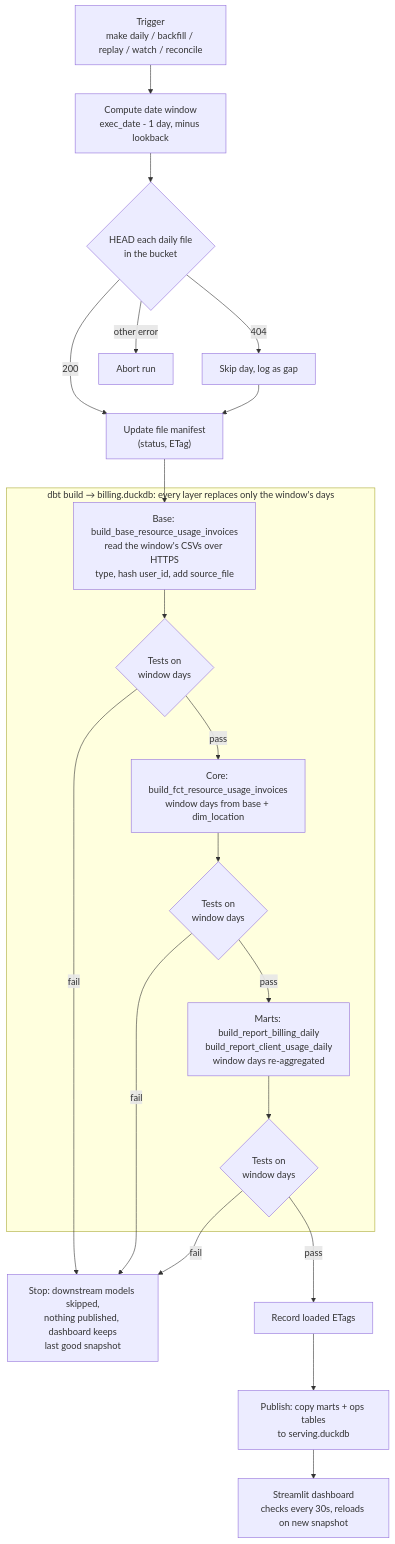
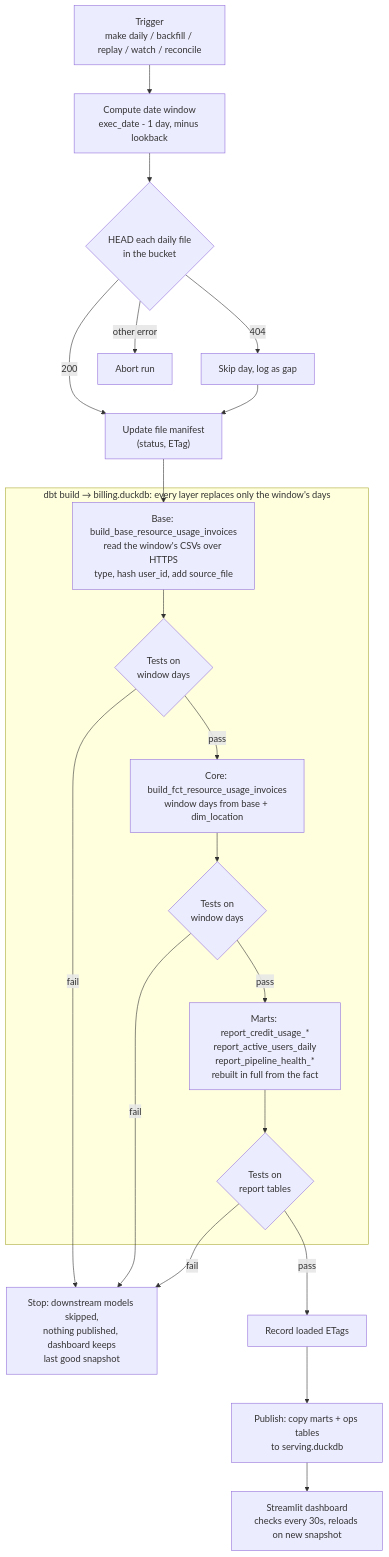
Before and after one commit to emilianodelia/upcloud-data-engineering-hometask: the diagram in README.md, drawn with Mermaid. The commit also changed other lines of this file and 36 other files, not shown here.

````diff
--- a/README.md
+++ b/README.md
@@ -54,25 +55,25 @@
 ```mermaid
 flowchart TD
     T["Trigger<br/>make daily / backfill / replay / watch / reconcile"] --> W["Compute date window<br/>exec_date - 1 day, minus lookback"]
     W --> P{"HEAD each daily file<br/>in the bucket"}
     P -- 404 --> G["Skip day, log as gap"]
     P -- other error --> X["Abort run"]
     P -- 200 --> M["Update file manifest<br/>(status, ETag)"]
     G --> M
     M --> B
 
     subgraph DBT ["dbt build → billing.duckdb: every layer replaces only the window's days"]
         B["Base: build_base_resource_usage_invoices<br/>read the window's CSVs over HTTPS<br/>type, hash user_id, add source_file"] --> TB{"Tests on<br/>window days"}
         TB -- pass --> C["Core: build_fct_resource_usage_invoices<br/>window days from base + dim_location"]
         C --> TC{"Tests on<br/>window days"}
-        TC -- pass --> R["Marts: build_report_billing_daily<br/>build_report_client_usage_daily<br/>window days re-aggregated"]
-        R --> TR{"Tests on<br/>window days"}
+        TC -- pass --> R["Marts: report_credit_usage_*<br/>report_active_users_daily<br/>report_pipeline_health_*<br/>rebuilt in full from the fact"]
+        R --> TR{"Tests on<br/>report tables"}
     end
 
     TB -- fail --> K
     TC -- fail --> K
     TR -- fail --> K["Stop: downstream models skipped,<br/>nothing published, dashboard keeps<br/>last good snapshot"]
     TR -- pass --> L["Record loaded ETags"]
     L --> S["Publish: copy marts + ops tables<br/>to serving.duckdb"]
     S --> D["Streamlit dashboard<br/>checks every 30s, reloads on new snapshot"]
 ```
````
